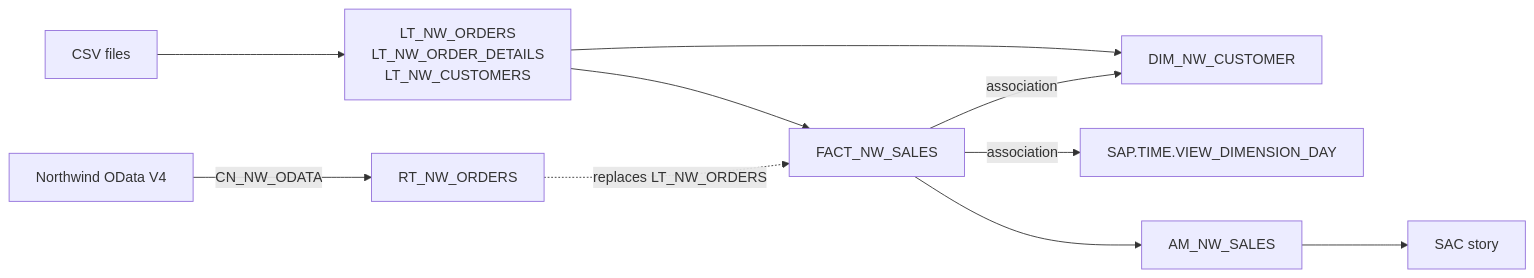
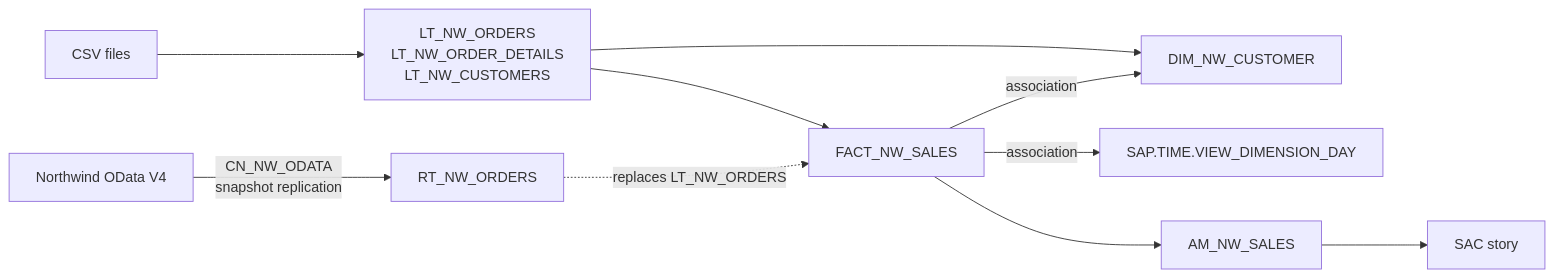
One commit to gonzalonao/sap-datasphere-lab changed the diagram in units/01-space-model-remote/README.md. Above: the diagram before and after it, drawn with Mermaid. The commit also changed other lines of this file, not shown here.

````diff
--- a/units/01-space-model-remote/README.md
+++ b/units/01-space-model-remote/README.md
@@ -71,12 +74,12 @@
 ```mermaid
 flowchart LR
     CSV[CSV files] --> LT[LT_NW_ORDERS<br/>LT_NW_ORDER_DETAILS<br/>LT_NW_CUSTOMERS]
-    ODATA[Northwind OData V4] -->|CN_NW_ODATA| RT[RT_NW_ORDERS]
+    ODATA[Northwind OData V4] -->|CN_NW_ODATA<br/>snapshot replication| RT[RT_NW_ORDERS]
     LT --> F[FACT_NW_SALES]
     RT -.replaces LT_NW_ORDERS.-> F
     LT --> D[DIM_NW_CUSTOMER]
     F -->|association| D
     F -->|association| T[SAP.TIME.VIEW_DIMENSION_DAY]
     F --> AM[AM_NW_SALES]
     AM --> SAC[SAC story]
 ```
````
